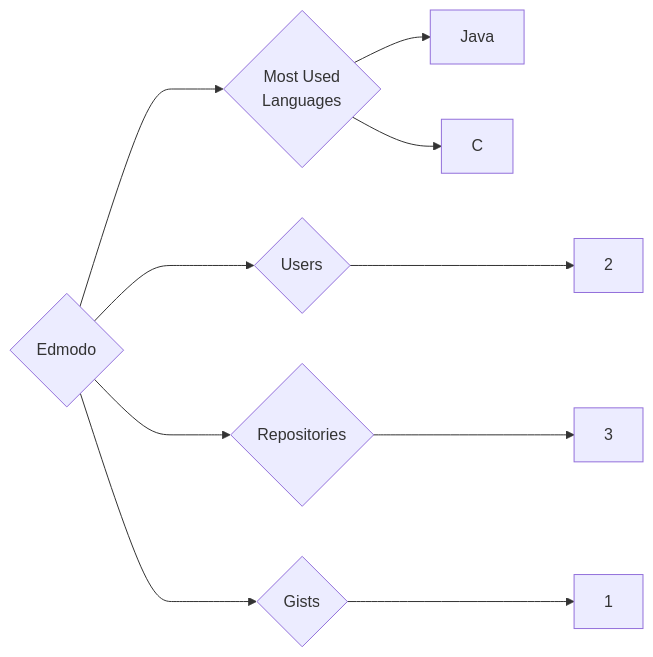
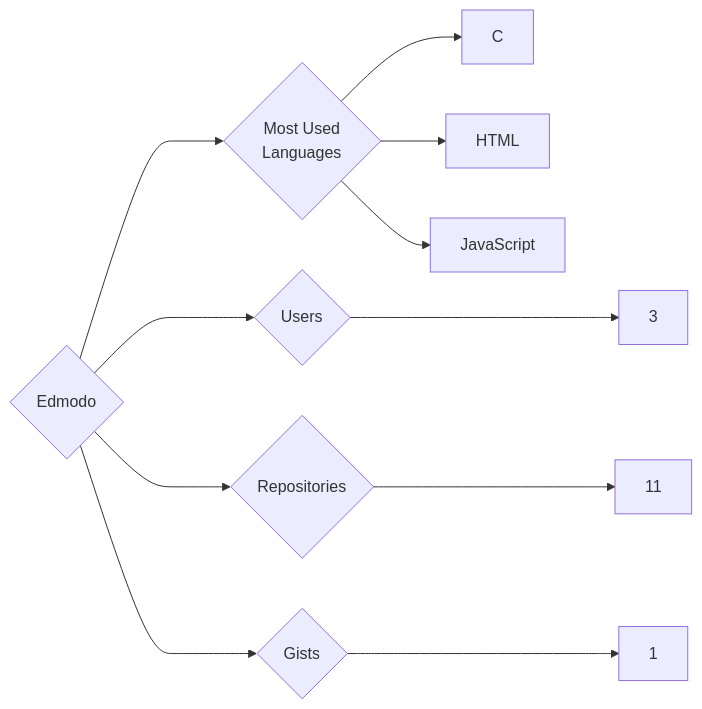
The diagram in targets/Edmodo/README.md (trickest/insiders), drawn with Mermaid before and after one commit. The commit also changed 809 other files, not shown here.

````diff
--- a/targets/Edmodo/README.md
+++ b/targets/Edmodo/README.md
@@ -3,10 +3,11 @@
 ```mermaid
 graph LR
 COMPANY_NAME{Edmodo}
-COMPANY_NAME ---> U{Users} ---> UN[2]
-COMPANY_NAME ---> R{Repositories} ---> RN[3]
+COMPANY_NAME ---> U{Users} ---> UN[3]
+COMPANY_NAME ---> R{Repositories} ---> RN[11]
 COMPANY_NAME ---> G{Gists} ---> GN[1]
 COMPANY_NAME ---> ML{Most Used<br>Languages}
-ML --> Java[Java]
 ML --> C[C]
+ML --> HTML[HTML]
+ML --> JavaScript[JavaScript]
 ```
````
